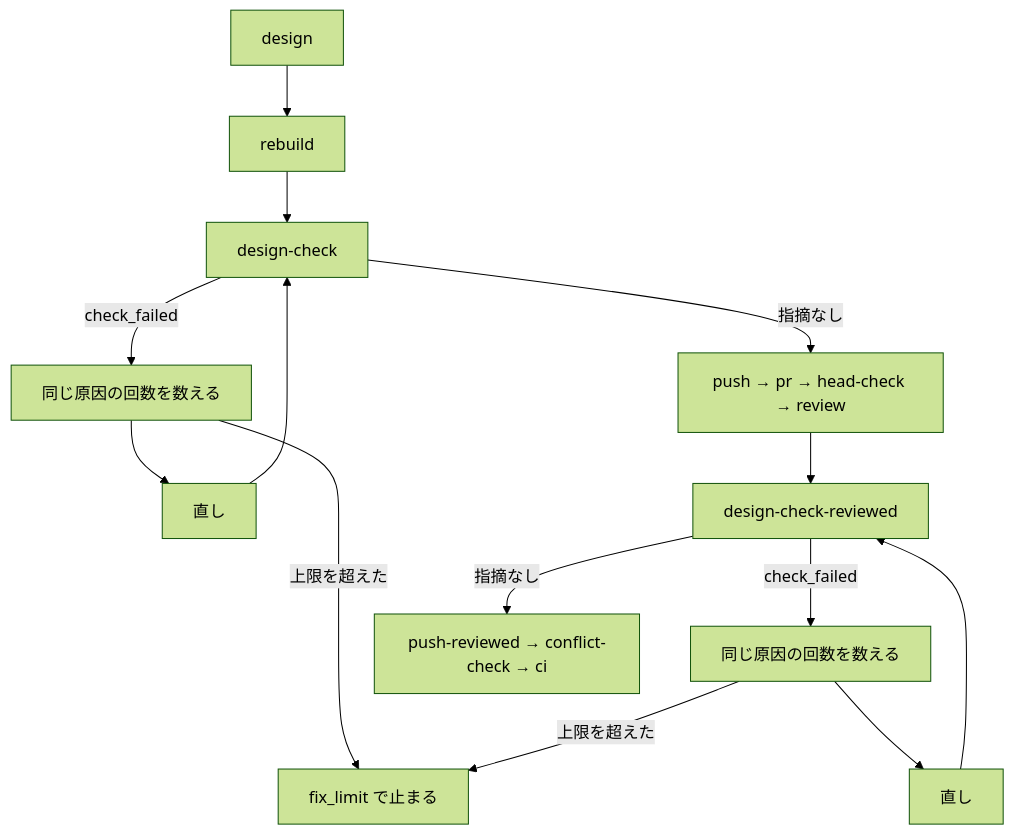
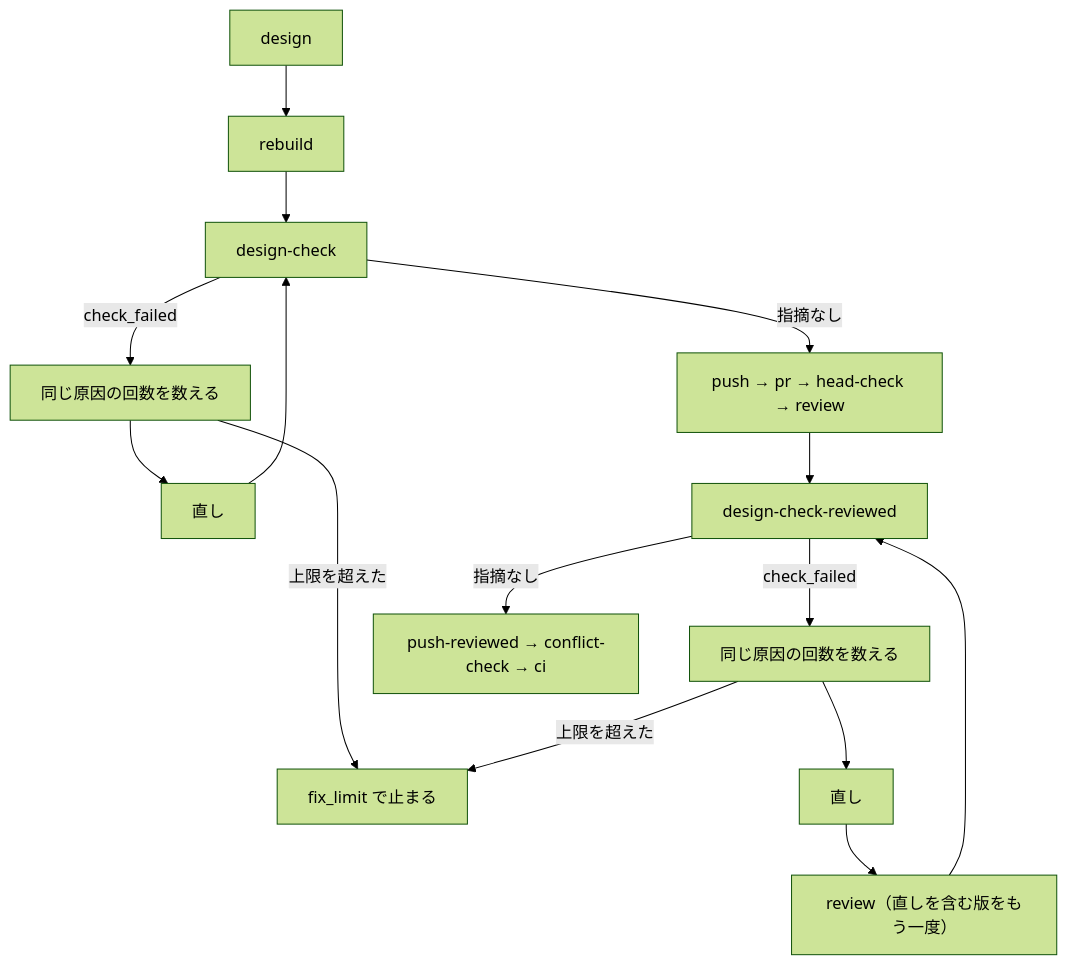
Before and after one commit to devbasex/ai-plugins: the third of 4 diagrams in issues/issue-2912-design.md, drawn with Mermaid (forest theme). The commit also changed other lines of this file and 1 other file, not shown here.

````diff
--- a/issues/issue-2912-design.md
+++ b/issues/issue-2912-design.md
@@ -211,11 +220,11 @@
 ```mermaid
 graph TD
     d["design"] --> r["rebuild"] --> c1["design-check"]
     c1 -->|"check_failed"| n1["同じ原因の回数を数える"] --> f1["直し"] --> c1
     n1 -->|"上限を超えた"| s["fix_limit で止まる"]
     c1 -->|"指摘なし"| p["push → pr → head-check → review"]
     p --> c2["design-check-reviewed"]
-    c2 -->|"check_failed"| n2["同じ原因の回数を数える"] --> f2["直し"] --> c2
+    c2 -->|"check_failed"| n2["同じ原因の回数を数える"] --> f2["直し"] --> rv["review（直しを含む版をもう一度）"] --> c2
     n2 -->|"上限を超えた"| s
     c2 -->|"指摘なし"| q["push-reviewed → conflict-check → ci"]
 ```
````
